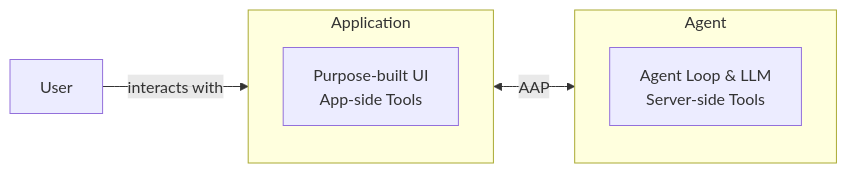
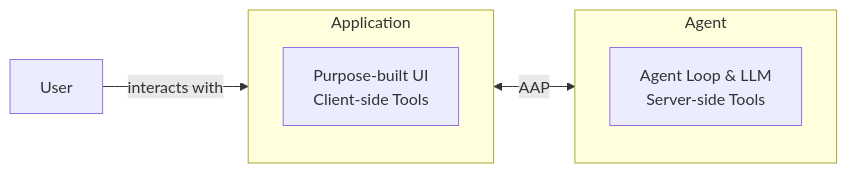
Before and after one commit to agentapplicationprotocol/agent-application-protocol: the second of 2 diagrams in docs/overview.md, drawn with Mermaid. The commit also changed other lines of this file, not shown here.

Commit message:
docs: update overview with client-side tools rename, stateless SSE note, and ACP draft callouts

````diff
--- a/docs/overview.md
+++ b/docs/overview.md
@@ -28,14 +28,14 @@
 ```mermaid
 graph LR
     User -->|interacts with| App
 
     subgraph App [Application]
-        AppFunc[Purpose-built UI</br>App-side Tools]
+        AppFunc[Purpose-built UI</br>Client-side Tools]
     end
 
     App <-->|AAP| Agent
 
     subgraph Agent [Agent]
         AgentFunc[Agent Loop & LLM</br>Server-side Tools]
     end
 ```
````
